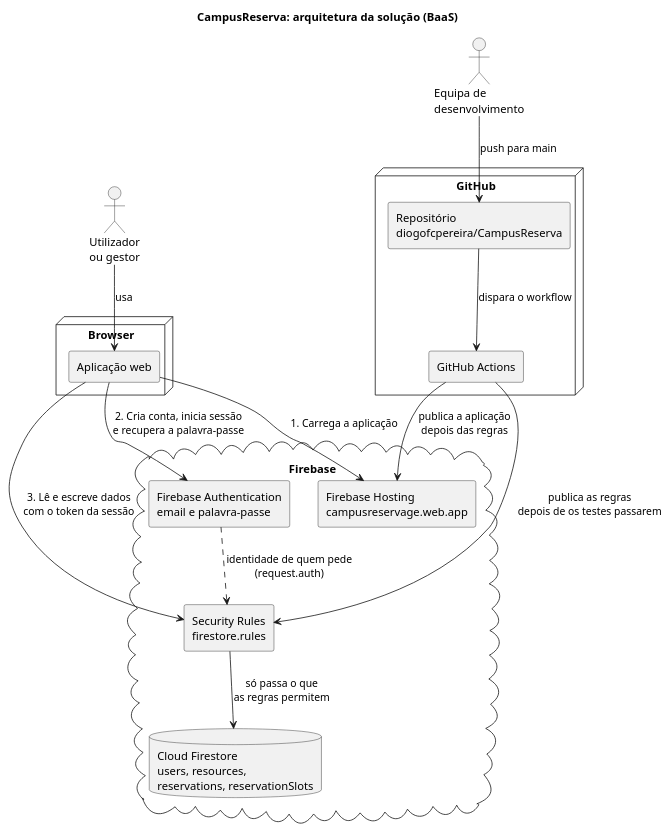
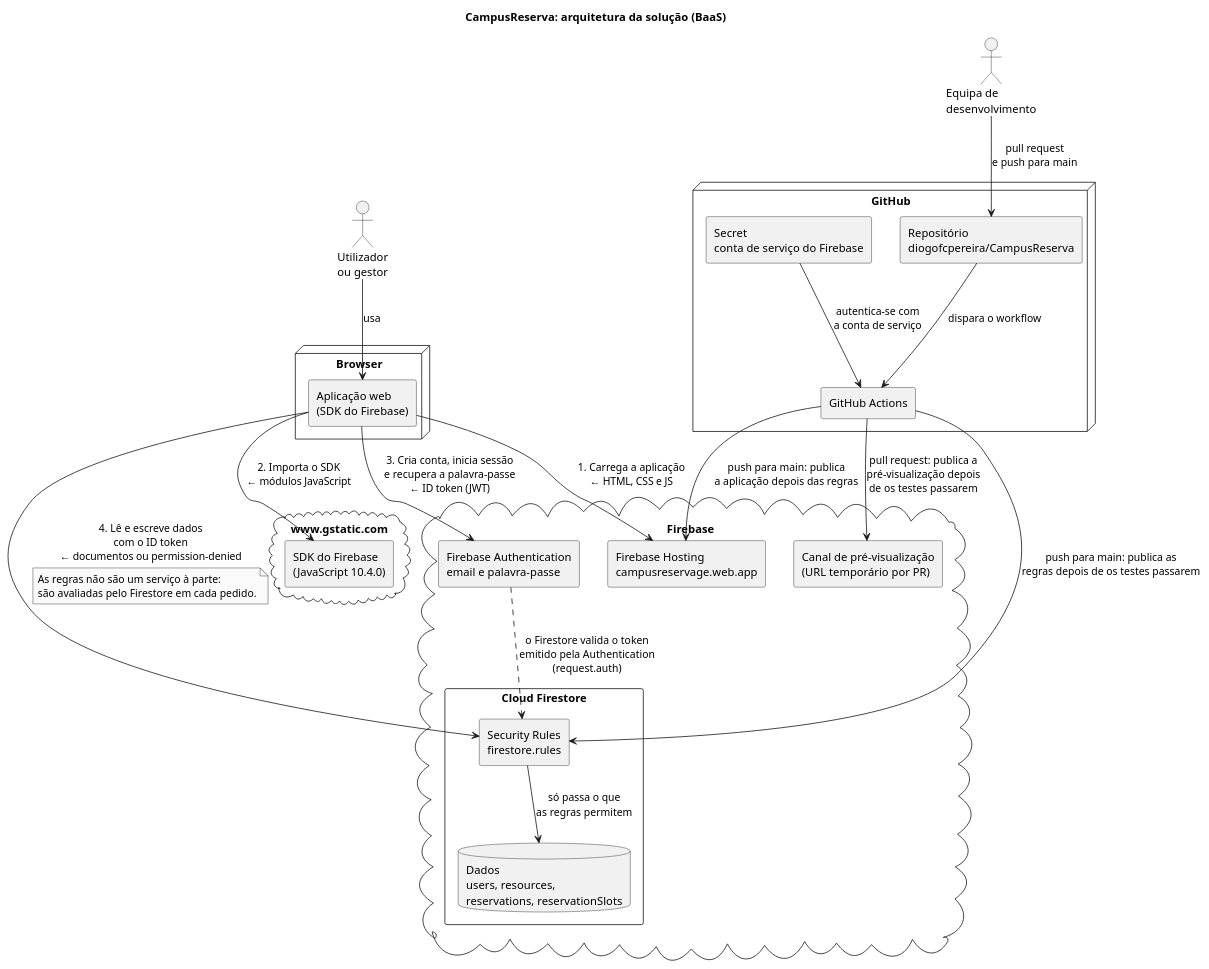
The diagram in docs/diagramas/arquitetura.puml (diogofcpereira/CampusReserva), drawn with PlantUML before and after one commit. The commit also changed 1 other file, not shown here.

Commit message:
Diagrama arquitetura update

```diff
--- a/docs/diagramas/arquitetura.puml
+++ b/docs/diagramas/arquitetura.puml
@@ -1,41 +1,56 @@
 @startuml arquitetura
 
 title CampusReserva: arquitetura da solução (BaaS)
 
 skinparam monochrome true
 skinparam shadowing false
 skinparam componentStyle rectangle
 
 
 actor "Utilizador\nou gestor" as pessoa
 actor "Equipa de\ndesenvolvimento" as equipa
 
 node "Browser" as browser {
-  component "Aplicação web" as app
+  component "Aplicação web\n(SDK do Firebase)" as app
+}
+
+cloud "www.gstatic.com" as gstatic {
+  component "SDK do Firebase\n(JavaScript 10.4.0)" as sdk
 }
 
 cloud "Firebase" as firebase {
   component "Firebase Hosting\ncampusreservage.web.app" as hosting
+  component "Canal de pré-visualização\n(URL temporário por PR)" as preview
   component "Firebase Authentication\nemail e palavra-passe" as auth
-  component "Security Rules\nfirestore.rules" as rules
-  database "Cloud Firestore\nusers, resources,\nreservations, reservationSlots" as db
+  rectangle "Cloud Firestore" as firestore {
+    component "Security Rules\nfirestore.rules" as rules
+    database "Dados\nusers, resources,\nreservations, reservationSlots" as db
+  }
 }
 
 node "GitHub" as github {
   component "Repositório\ndiogofcpereira/CampusReserva" as repo
   component "GitHub Actions" as actions
+  component "Secret\nconta de serviço do Firebase" as secret
 }
 
 pessoa --> app : usa
-app --> hosting : 1. Carrega a aplicação
-app --> auth : 2. Cria conta, inicia sessão\ne recupera a palavra-passe
-app --> rules : 3. Lê e escreve dados\ncom o token da sessão
-auth ..> rules : identidade de quem pede\n(request.auth)
+app --> hosting : 1. Carrega a aplicação\n← HTML, CSS e JS
+app --> sdk : 2. Importa o SDK\n← módulos JavaScript
+app --> auth : 3. Cria conta, inicia sessão\ne recupera a palavra-passe\n← ID token (JWT)
+app --> rules : 4. Lê e escreve dados\ncom o ID token\n← documentos ou permission-denied
+note on link
+  As regras não são um serviço à parte:
+  são avaliadas pelo Firestore em cada pedido.
+end note
+auth ..> rules : o Firestore valida o token\nemitido pela Authentication\n(request.auth)
 rules --> db : só passa o que\nas regras permitem
 
-equipa --> repo : push para main
+equipa --> repo : pull request\ne push para main
 repo --> actions : dispara o workflow
-actions --> rules : publica as regras\ndepois de os testes passarem
-actions --> hosting : publica a aplicação\ndepois das regras
+secret --> actions : autentica-se com\na conta de serviço
+actions --> preview : pull request: publica a\npré-visualização depois\nde os testes passarem
+actions --> rules : push para main: publica as\nregras depois de os testes passarem
+actions --> hosting : push para main: publica\na aplicação depois das regras
 
 @enduml
```
